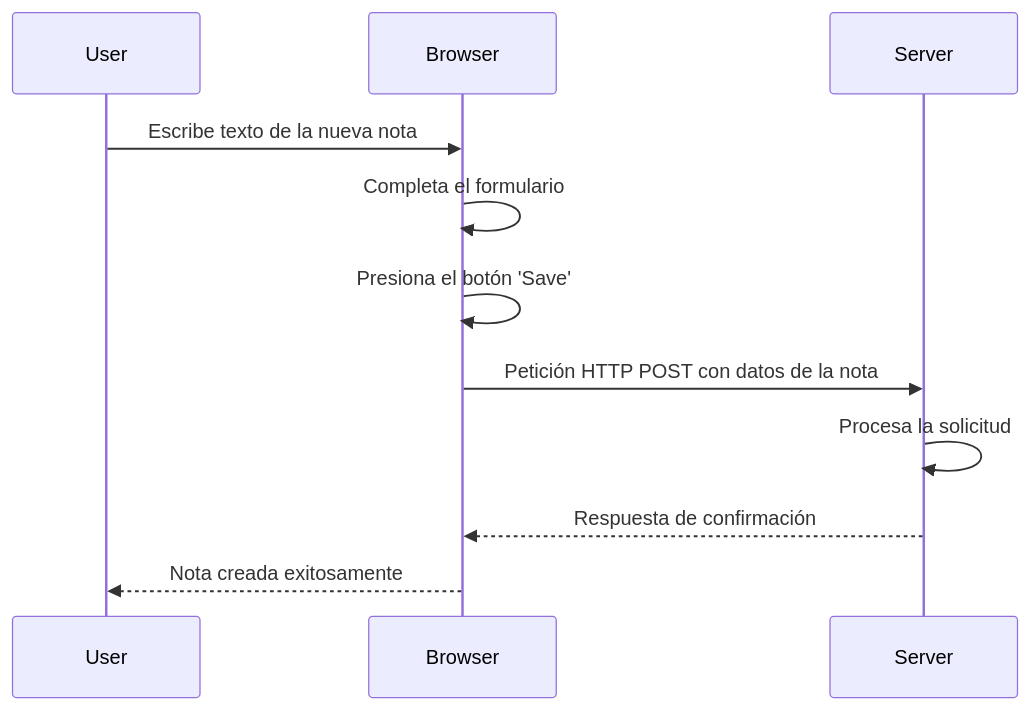
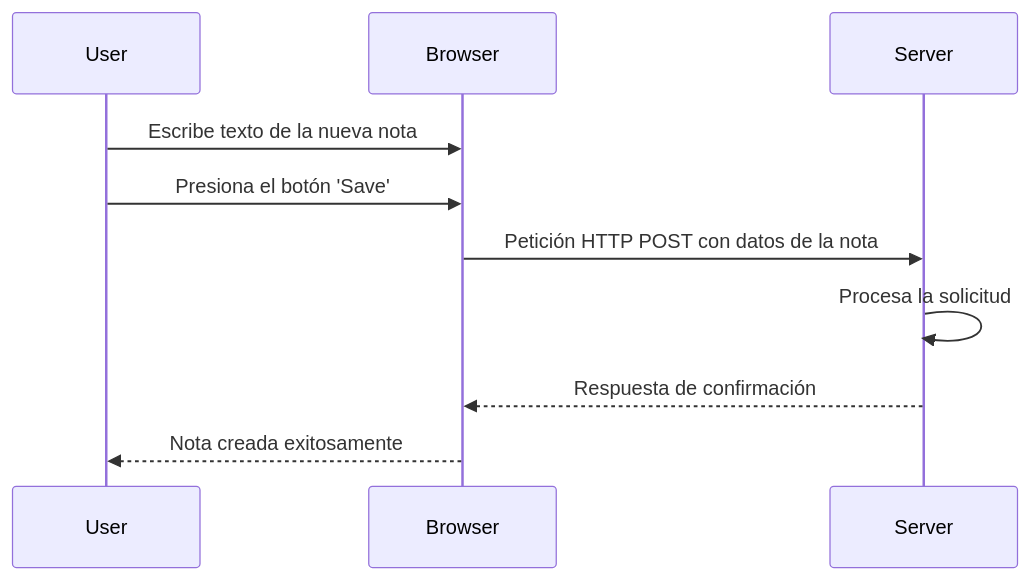
The diagram in part0/0.4.mermaid (Cristian10DV/fullstackopenCourse), drawn with Mermaid before and after one commit. The commit also changed 1 other file, not shown here.

```diff
--- a/part0/0.4.mermaid
+++ b/part0/0.4.mermaid
@@ -1,11 +1,10 @@
 sequenceDiagram
     participant User
     participant Browser
     participant Server
     User->>Browser: Escribe texto de la nueva nota
-    Browser->>Browser: Completa el formulario
-    Browser->>Browser: Presiona el botón 'Save'
+    User->>Browser: Presiona el botón 'Save'
     Browser->>Server: Petición HTTP POST con datos de la nota
     Server->>Server: Procesa la solicitud
     Server-->>Browser: Respuesta de confirmación
     Browser-->>User: Nota creada exitosamente
```
